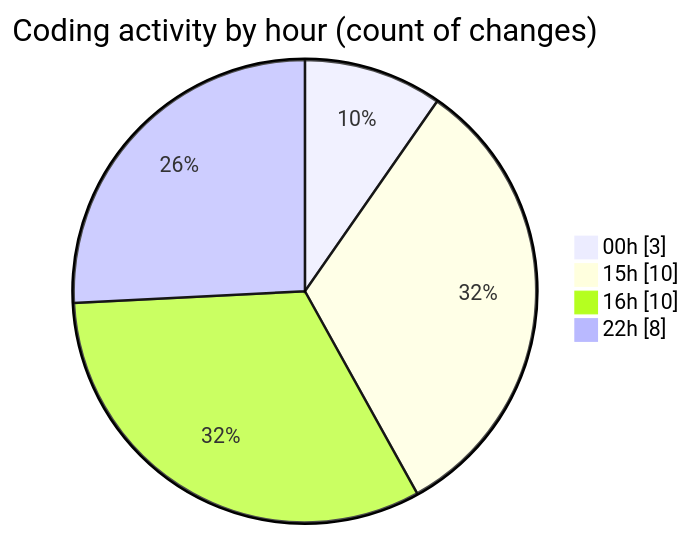
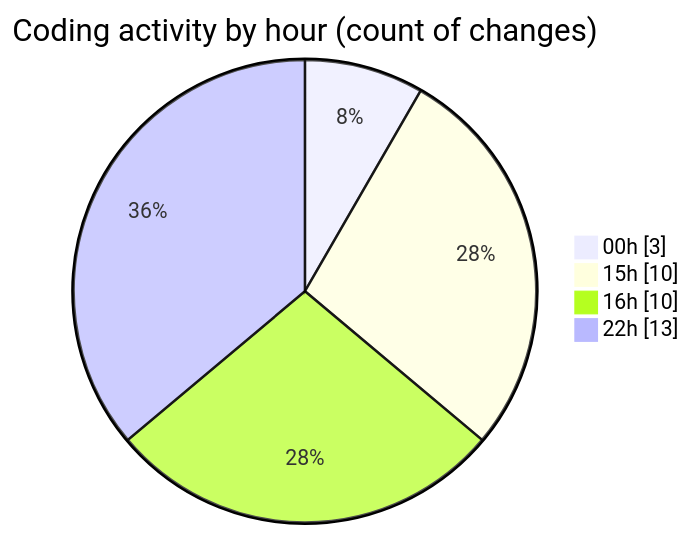
The second of 2 diagrams in 2025-03-30/autodidak/README.md (idhammustaqopulfikri/code-tracking), drawn with Mermaid before and after one commit. The commit also changed other lines of this file and 1 other file, not shown here.

````diff
--- a/2025-03-30/autodidak/README.md
+++ b/2025-03-30/autodidak/README.md
@@ -36,8 +37,8 @@
 ```mermaid
 pie showData
 title Coding activity by hour (count of changes)
 "00h" : 3
 "15h" : 10
 "16h" : 10
-"22h" : 8
+"22h" : 13
 ```
````
